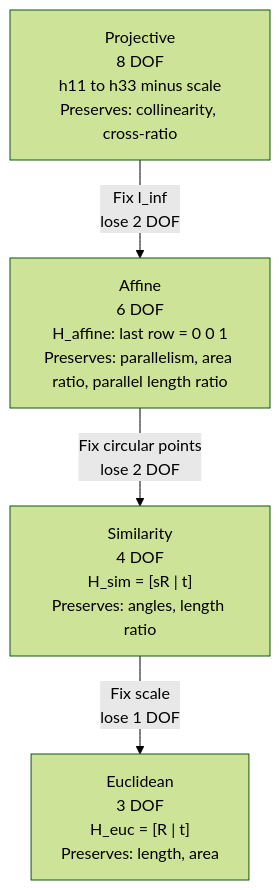
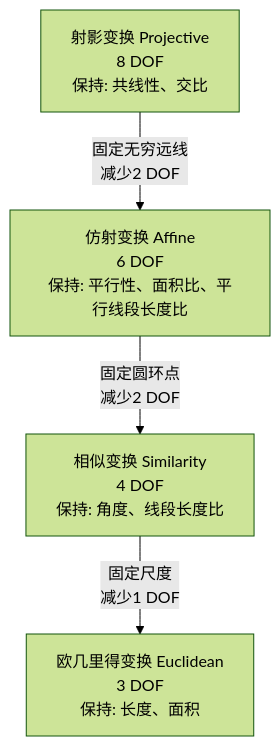
One commit to dull-bird/book_3d_cv changed the third of 3 diagrams in src/00_basics/02_projection.md. Above: the diagram before and after it, drawn with Mermaid (forest theme). The commit also changed other lines of this file and 4 other files, not shown here.

First line of the commit message:
feat: 全部mermaid转为TD方向并使用中文(四象限图除外)

````diff
--- a/src/00_basics/02_projection.md
+++ b/src/00_basics/02_projection.md
@@ -167,11 +167,11 @@
 ```mermaid
 flowchart TD
-    P["Projective<br/>8 DOF<br/>h11 to h33 minus scale<br/>Preserves: collinearity, cross-ratio"]
-    A["Affine<br/>6 DOF<br/>H_affine: last row = 0 0 1<br/>Preserves: parallelism, area ratio, parallel length ratio"]
-    S["Similarity<br/>4 DOF<br/>H_sim = [sR | t]<br/>Preserves: angles, length ratio"]
-    E["Euclidean<br/>3 DOF<br/>H_euc = [R | t]<br/>Preserves: length, area"]
+    P["射影变换 Projective<br/>8 DOF<br/>保持: 共线性、交比"]
+    A["仿射变换 Affine<br/>6 DOF<br/>保持: 平行性、面积比、平行线段长度比"]
+    S["相似变换 Similarity<br/>4 DOF<br/>保持: 角度、线段长度比"]
+    E["欧几里得变换 Euclidean<br/>3 DOF<br/>保持: 长度、面积"]
     
-    P -->|"Fix l_inf<br/>lose 2 DOF"| A
-    A -->|"Fix circular points<br/>lose 2 DOF"| S
-    S -->|"Fix scale<br/>lose 1 DOF"| E
+    P -->|"固定无穷远线<br/>减少2 DOF"| A
+    A -->|"固定圆环点<br/>减少2 DOF"| S
+    S -->|"固定尺度<br/>减少1 DOF"| E
 ```
````
